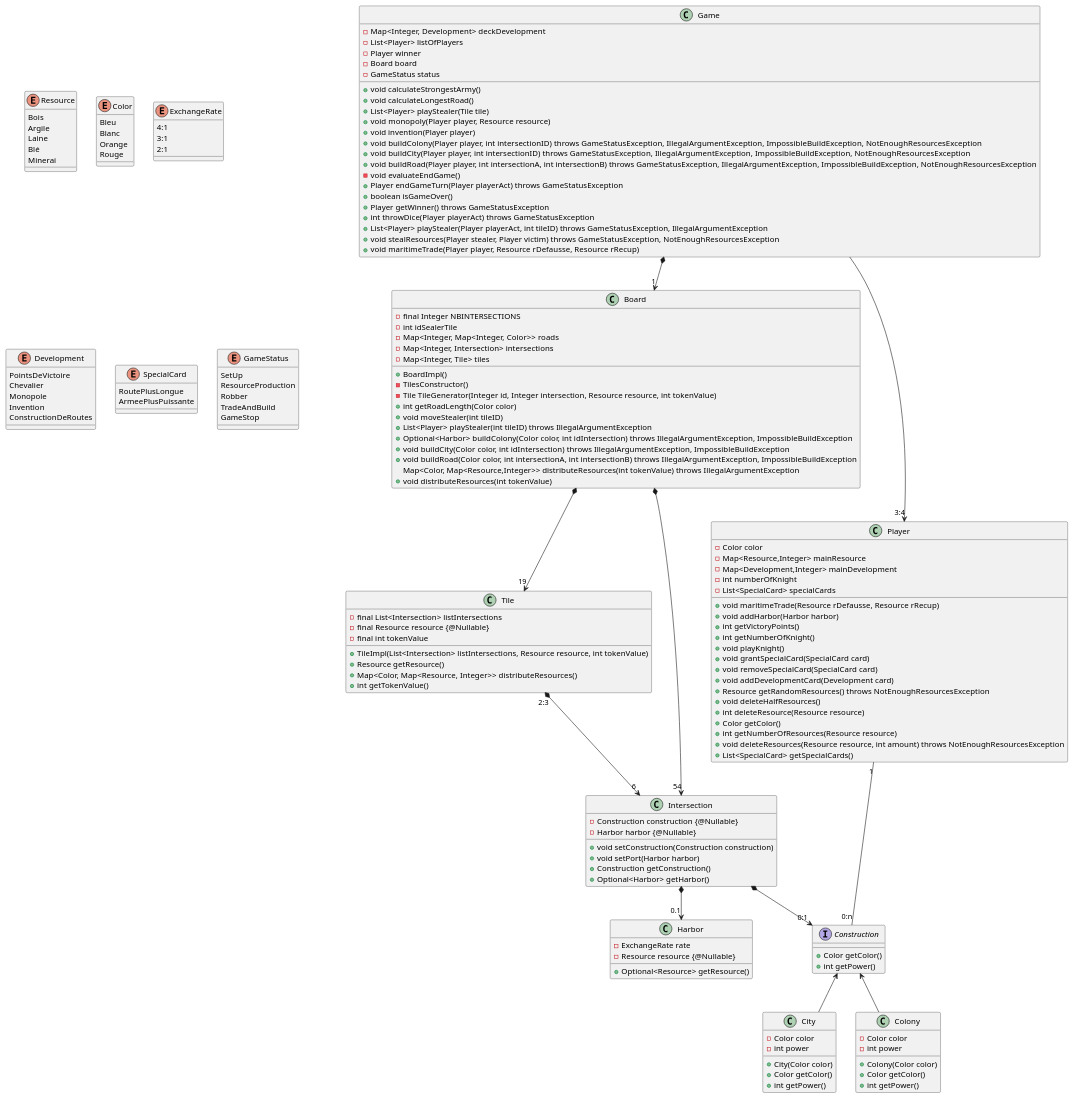
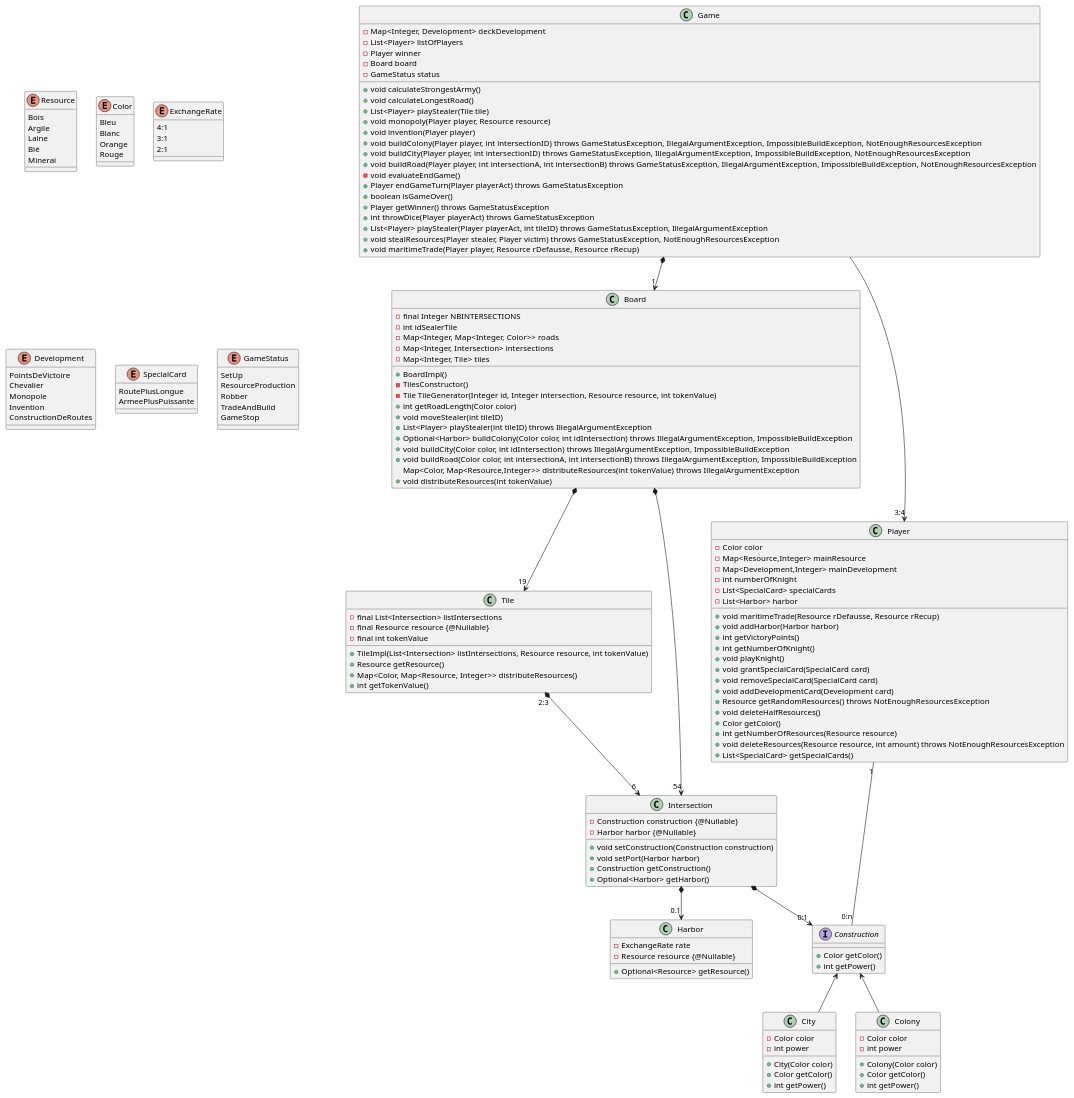
Before and after one commit to Lapin-Obez/colon_de_catane: the diagram in catan-doc/modules/conception/examples/gameClassDiag.plantuml, drawn with PlantUML. The commit also changed 3 other files, not shown here.

```diff
--- a/catan-doc/modules/conception/examples/gameClassDiag.plantuml
+++ b/catan-doc/modules/conception/examples/gameClassDiag.plantuml
@@ -1,183 +1,183 @@
 @startuml
 
 enum Resource {
     Bois
     Argile
     Laine
     Blé
     Minerai
 }
 
 enum Color {
     Bleu
     Blanc
     Orange
     Rouge
 }
 
 enum ExchangeRate {
     4:1
     3:1
     2:1
 }
 
 enum Development {
     PointsDeVictoire
     Chevalier
     Monopole
     Invention
     ConstructionDeRoutes
 }
 
 enum SpecialCard {
     RoutePlusLongue
     ArmeePlusPuissante
 }
 
 enum GameStatus {
     SetUp
     ResourceProduction
     Robber
     TradeAndBuild
     GameStop
 }
 
 class Game {
     - Map<Integer, Development> deckDevelopment
     - List<Player> listOfPlayers
     - Player winner
     - Board board
     - GameStatus status
 
     + void calculateStrongestArmy()
     + void calculateLongestRoad()
     + List<Player> playStealer(Tile tile)
     + void monopoly(Player player, Resource resource)
     + void invention(Player player)
     + void buildColony(Player player, int intersectionID) throws GameStatusException, IllegalArgumentException, ImpossibleBuildException, NotEnoughResourcesException
     + void buildCity(Player player, int intersectionID) throws GameStatusException, IllegalArgumentException, ImpossibleBuildException, NotEnoughResourcesException
     + void buildRoad(Player player, int intersectionA, int intersectionB) throws GameStatusException, IllegalArgumentException, ImpossibleBuildException, NotEnoughResourcesException
     - void evaluateEndGame()
     + Player endGameTurn(Player playerAct) throws GameStatusException
     + boolean isGameOver()
     + Player getWinner() throws GameStatusException
     + int throwDice(Player playerAct) throws GameStatusException
     + List<Player> playStealer(Player playerAct, int tileID) throws GameStatusException, IllegalArgumentException
     + void stealResources(Player stealer, Player victim) throws GameStatusException, NotEnoughResourcesException
     + void maritimeTrade(Player player, Resource rDefausse, Resource rRecup)
 }
 
 class Board {
     - final Integer NBINTERSECTIONS
     - int idSealerTile
     - Map<Integer, Map<Integer, Color>> roads
     - Map<Integer, Intersection> intersections
     - Map<Integer, Tile> tiles
 
     + BoardImpl()
     - TilesConstructor()
     - Tile TileGenerator(Integer id, Integer intersection, Resource resource, int tokenValue)
     + int getRoadLength(Color color)
     + void moveStealer(int tileID)
     + List<Player> playStealer(int tileID) throws IllegalArgumentException
     +Optional<Harbor> buildColony(Color color, int idIntersection) throws IllegalArgumentException, ImpossibleBuildException
     + void buildCity(Color color, int idIntersection) throws IllegalArgumentException, ImpossibleBuildException
     + void buildRoad(Color color, int intersectionA, int intersectionB) throws IllegalArgumentException, ImpossibleBuildException
     Map<Color, Map<Resource,Integer>> distributeResources(int tokenValue) throws IllegalArgumentException
     + void distributeResources(int tokenValue)
 }
 
 class Harbor{
     - ExchangeRate rate
     - Resource resource {@Nullable}
 
     + Optional<Resource> getResource()
 }
 
 class Tile{
     - final List<Intersection> listIntersections
     - final Resource resource {@Nullable}
     - final int tokenValue
 
     + TileImpl(List<Intersection> listIntersections, Resource resource, int tokenValue)
     + Resource getResource()
     + Map<Color, Map<Resource, Integer>> distributeResources()
     + int getTokenValue()
 }
 
 class Intersection{
     - Construction construction {@Nullable}
     - Harbor harbor {@Nullable}
 
     + void setConstruction(Construction construction)
     + void setPort(Harbor harbor)
     + Construction getConstruction()
     + Optional<Harbor> getHarbor()
 }
 
 class Player{
     - Color color
     - Map<Resource,Integer> mainResource
     - Map<Development,Integer> mainDevelopment
     - int numberOfKnight
     - List<SpecialCard> specialCards
+    - List<Harbor> harbor
 
     + void maritimeTrade(Resource rDefausse, Resource rRecup)
     + void addHarbor(Harbor harbor)
     + int getVictoryPoints()
     + int getNumberOfKnight()
     + void playKnight()
     + void grantSpecialCard(SpecialCard card)
     + void removeSpecialCard(SpecialCard card)
     + void addDevelopmentCard(Development card)
     + Resource getRandomResources() throws NotEnoughResourcesException
     + void deleteHalfResources()
-    + int deleteResource(Resource resource)
     + Color getColor()
     + int getNumberOfResources(Resource resource)
     + void deleteResources(Resource resource, int amount) throws NotEnoughResourcesException
     + List<SpecialCard> getSpecialCards()
 }
 
 interface Construction {
     + Color getColor()
     + int getPower()
 }
 
 class City {
     - Color color
     - int power
 
     + City(Color color)
     + Color getColor()
     + int getPower()
 }
 
 class Colony {
     - Color color
     - int power
 
     + Colony(Color color)
     + Color getColor()
     + int getPower()
 }
 
 
 
 Construction <-d- City
 Construction <-d- Colony
 
 
 Game *--> "1" Board
 Board *--> "19" Tile
 Board *--> "54" Intersection
 
 Tile "2:3" *-->"6" Intersection
 Intersection *--> "0:1" Construction
 
 Intersection *--> "0.1" Harbor
 
 Game --> "3:4" Player
 Player "1" -- "0:n" Construction
 
 @enduml
```
